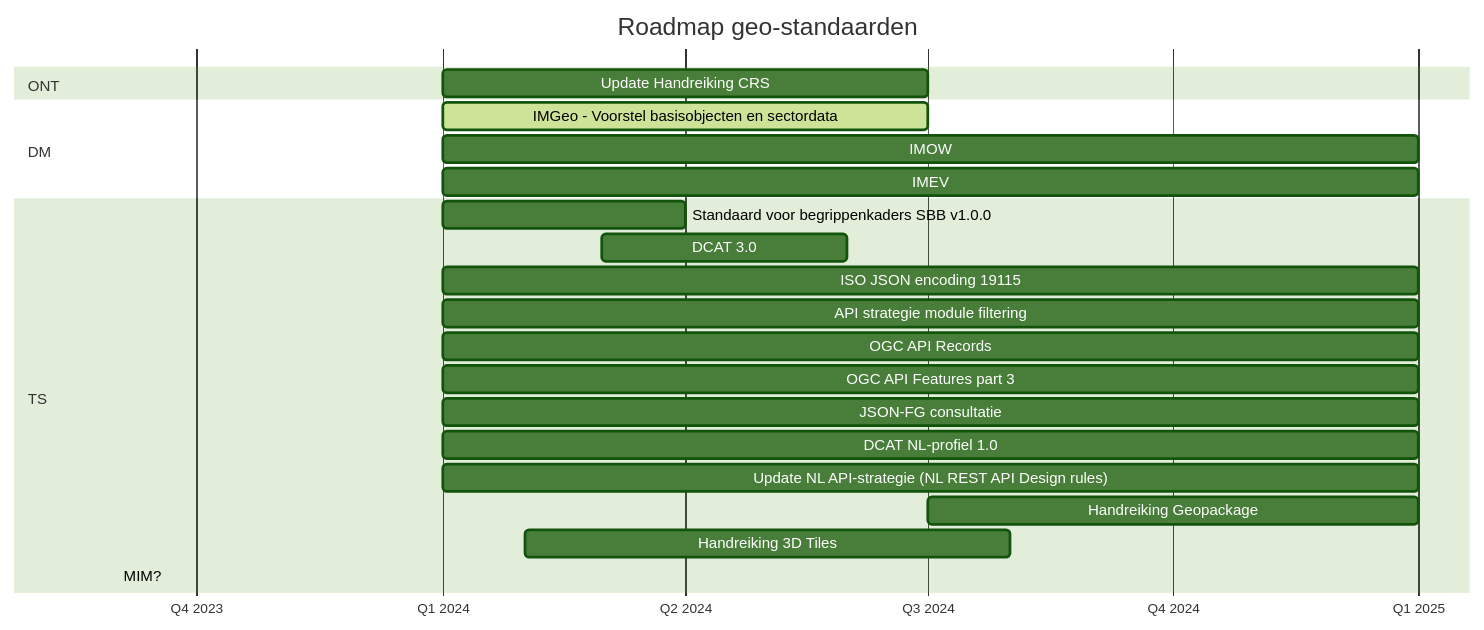
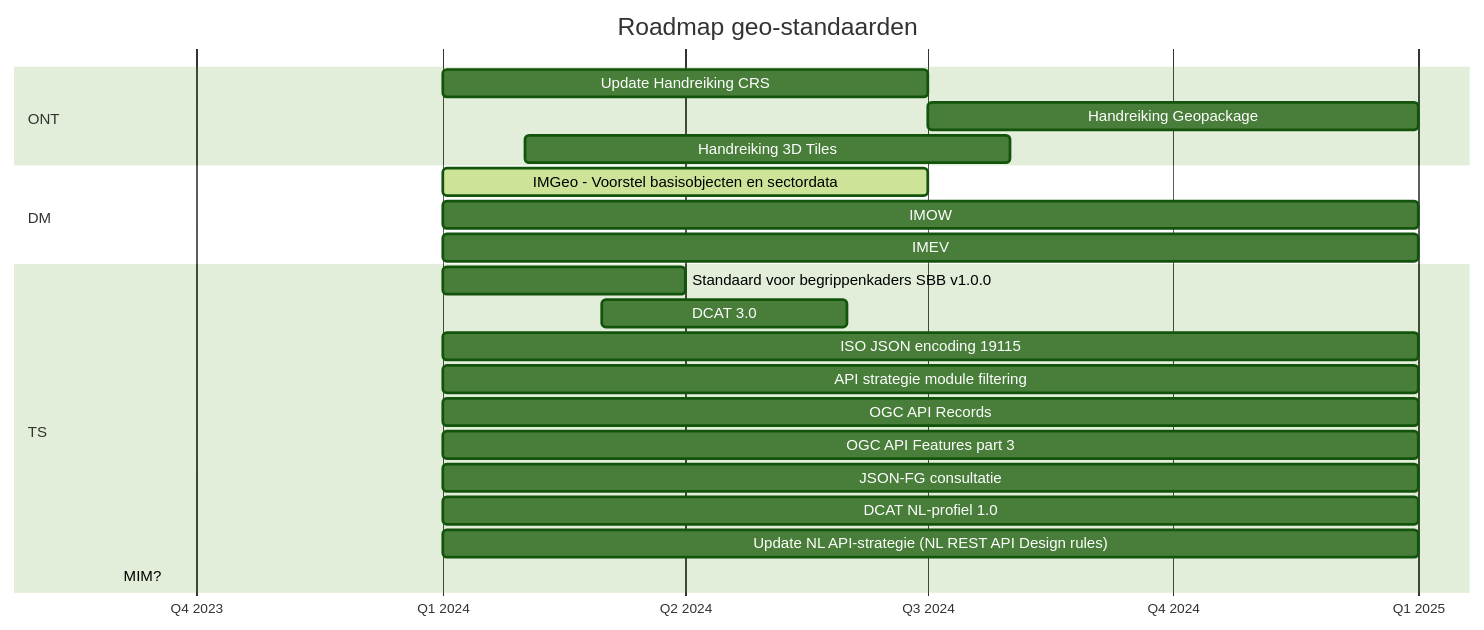
The diagram in roadmap.mmd (Geonovum/roadmap-geostandaarden), drawn with Mermaid (forest theme) before and after one commit. The commit also changed other lines of this file, not shown here.

```diff
--- a/roadmap.mmd
+++ b/roadmap.mmd
@@ -1,46 +1,46 @@
 gantt
     title Roadmap geo-standaarden
     dateFormat YYYY-M
     axisFormat Q%q %Y
     tickInterval 3month
     section ONT
         %% Consultatie GeoPackage and Spatial Schema   :done,      2023-07, 3M
         % Update PTOLU Geo-standaarden                :done,    2023-10, 6M
         %% PoC Rechtendelegatie (oAuth)                :           2023-10, 3M
         %% OGC Code Sprint                             :           2023-10, 1M        
         %%Consultatie IMX-Geo                         :           2024-01, 3M
         Update Handreiking CRS                      :           2024-01, 6M
+        Handreiking Geopackage                      :           2024-07, 6M
+        Handreiking 3D Tiles                        :           2024-02, 6M
         
     section DM        
         %%IMEV 2.0                                    :done,    2023-10, 3M
         %%IMG                                         :done,    2023-10, 3M
         IMGeo - Voorstel basisobjecten en sectordata:active,    2024-01, 6M
         IMOW                                        :           2024-01, 12M
         IMEV                                        :           2024-01, 12M
         %% IMKL                                        :           2023-09, 
         %% IMKAD                                       :           2023-09, 
         %% IMWOZ                                       :           2023-09, 
         %% IMBAG                                       :           2023-09, 
         %% IMBOR                                       :           2023-09, 
         %% GWSW                                        :           2023-09, 
         %% IMNA                                        :           2023-09, 
         %% IMDBK / IMROI                               :           2023-09, 
         %% BRT.Next                                    :           2023-09, 
 
     section TS
         %%GeoPackage 1.4                              :active,    2023-10, 3M
         %%CityJSON 2.0                                :active,    2023-10, 3M
         %%OGC Training DML-AI 1.0                     :active,    2023-10, 3M
         %%Consultatie standaard voor begrippenkaders  :           2023-10, 3M        
         Standaard voor begrippenkaders SBB v1.0.0       :           2024-01, 3M
         DCAT 3.0                                    :           2024-03, 3M 
         ISO JSON encoding 19115                     :           2024-01, 12M
         API strategie module filtering              :           2024-01, 12M
         OGC API Records                             :           2024-01, 12M
         OGC API Features part 3                     :           2024-01, 12M
         JSON-FG consultatie                         :           2024-01, 12M
         DCAT NL-profiel 1.0                         :           2024-01, 12M
         Update NL API-strategie (NL REST API Design rules) :    2024-01, 12M
-        Handreiking Geopackage                      :           2024-07, 6M
-        Handreiking 3D Tiles                        :           2024-02, 6M
         MIM?                                               :    2023-09,
```
